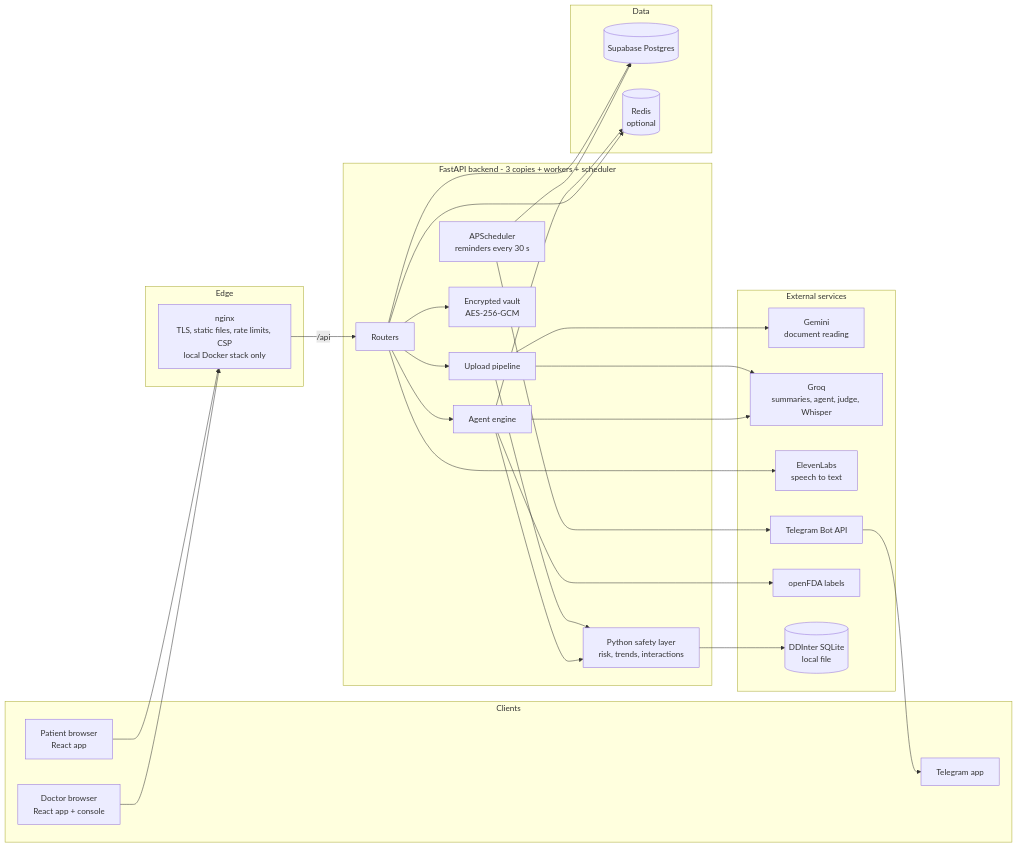
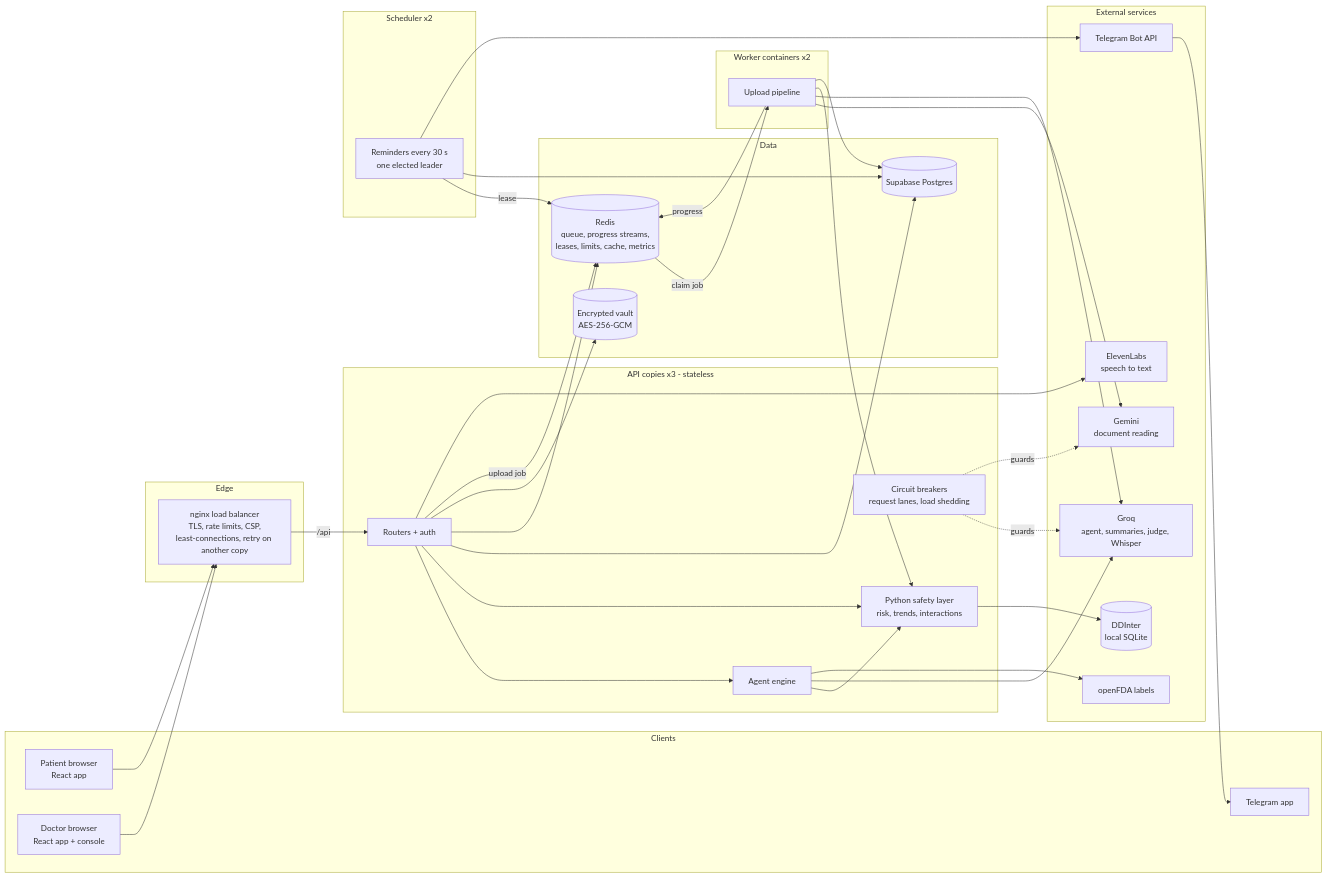
The first of 6 diagrams in README.md (Aariyan007/YODHA-HACK), drawn with Mermaid before and after one commit. The commit also changed other lines of this file, not shown here.

Commit message:
docs: README highlights with measured results, tech stack, updated system diagram (load balancer, queue, workers, scheduler leader), tests and limits

````diff
--- a/README.md
+++ b/README.md
@@ -42,51 +70,62 @@
 ```mermaid
 flowchart LR
   subgraph Clients
     P[Patient browser<br/>React app]
     D[Doctor browser<br/>React app + console]
     TG[Telegram app]
   end
   subgraph Edge
-    N[nginx<br/>TLS, static files, rate limits, CSP<br/>local Docker stack only]
+    N[nginx load balancer<br/>TLS, rate limits, CSP,<br/>least-connections, retry on another copy]
   end
-  subgraph Backend[FastAPI backend - 3 copies + workers + scheduler]
-    R[Routers]
+  subgraph API[API copies x3 - stateless]
+    R[Routers + auth]
     A[Agent engine]
+    SAFE[Python safety layer<br/>risk, trends, interactions]
+    BR[Circuit breakers<br/>request lanes, load shedding]
+  end
+  subgraph Workers[Worker containers x2]
     PIPE[Upload pipeline]
-    SAFE[Python safety layer<br/>risk, trends, interactions]
-    SCH[APScheduler<br/>reminders every 30 s]
-    V[Encrypted vault<br/>AES-256-GCM]
+  end
+  subgraph Sched[Scheduler x2]
+    SCH[Reminders every 30 s<br/>one elected leader]
   end
   subgraph Data
     PG[(Supabase Postgres)]
-    RD[(Redis<br/>optional)]
+    RD[(Redis<br/>queue, progress streams,<br/>leases, limits, cache, metrics)]
+    V[(Encrypted vault<br/>AES-256-GCM)]
   end
   subgraph External[External services]
     GEM[Gemini<br/>document reading]
-    GRQ[Groq<br/>summaries, agent, judge, Whisper]
+    GRQ[Groq<br/>agent, summaries, judge, Whisper]
     EL[ElevenLabs<br/>speech to text]
     TGB[Telegram Bot API]
     FDA[openFDA labels]
-    DDI[(DDInter SQLite<br/>local file)]
+    DDI[(DDInter<br/>local SQLite)]
   end
   P --> N
   D --> N
   N -->|/api| R
   R --> A
-  R --> PIPE
-  PIPE --> SAFE
+  R --> SAFE
   A --> SAFE
   R --> PG
-  A --> RD
   R --> RD
   R --> V
+  R -->|upload job| RD
+  RD -->|claim job| PIPE
+  PIPE -->|progress| RD
   PIPE --> GEM
   PIPE --> GRQ
+  PIPE --> SAFE
+  PIPE --> PG
   A --> GRQ
+  A --> FDA
   R --> EL
-  A --> FDA
   SAFE --> DDI
+  SCH -->|lease| RD
   SCH --> PG
   SCH --> TGB
   TGB --> TG
+  BR -.guards.-> GRQ
+  BR -.guards.-> GEM
 ```
````
